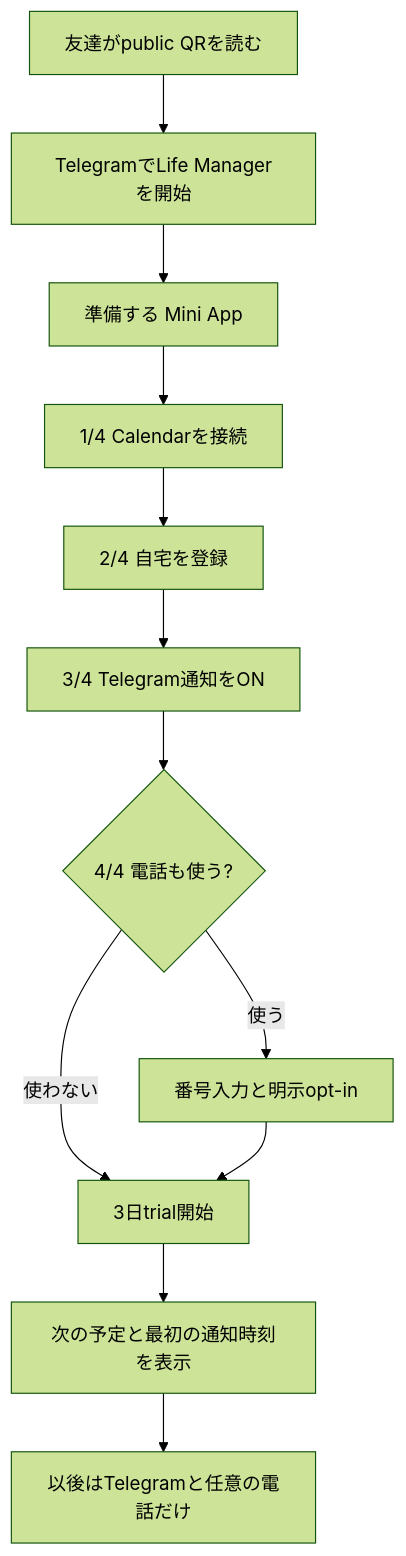
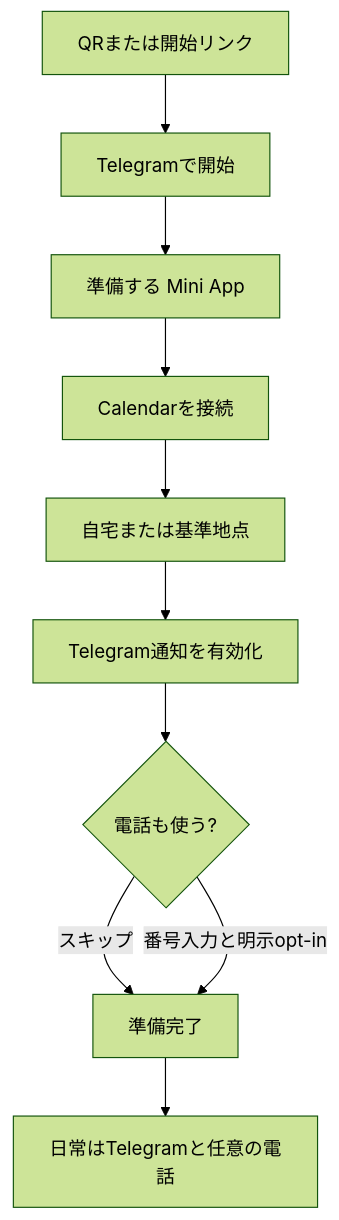
Before and after one commit to Daisuke134/anicca: the first of 2 diagrams in docs/superpowers/specs/2026-08-28-life-manager-cloud-telegram-product-ux-design.md, drawn with Mermaid (forest theme). The commit also changed other lines of this file, not shown here.

Commit message:
docs(cloud): scope friend launch to daily core and existing Stripe

````diff
--- a/docs/superpowers/specs/2026-08-28-life-manager-cloud-telegram-product-ux-design.md
+++ b/docs/superpowers/specs/2026-08-28-life-manager-cloud-telegram-product-ux-design.md
@@ -23,14 +34,12 @@
 ```mermaid
 flowchart TD
-  QR[友達がpublic QRを読む] --> BOT[TelegramでLife Managerを開始]
-  BOT --> APP[準備する Mini App]
-  APP --> CAL[1/4 Calendarを接続]
-  CAL --> HOME[2/4 自宅を登録]
-  HOME --> NOTIFY[3/4 Telegram通知をON]
-  NOTIFY --> PHONE{4/4 電話も使う?}
-  PHONE -->|使わない| READY[3日trial開始]
-  PHONE -->|使う| CALL[番号入力と明示opt-in]
-  CALL --> READY
-  READY --> VALUE[次の予定と最初の通知時刻を表示]
-  VALUE --> DAILY[以後はTelegramと任意の電話だけ]
+  ENTRY[QRまたは開始リンク] --> BOT[Telegramで開始]
+  BOT --> MINI[準備する Mini App]
+  MINI --> CAL[Calendarを接続]
+  CAL --> HOME[自宅または基準地点]
+  HOME --> NOTIFY[Telegram通知を有効化]
+  NOTIFY --> PHONE{電話も使う?}
+  PHONE -->|スキップ| READY[準備完了]
+  PHONE -->|番号入力と明示opt-in| READY
+  READY --> DAILY[日常はTelegramと任意の電話]
 ```
````
